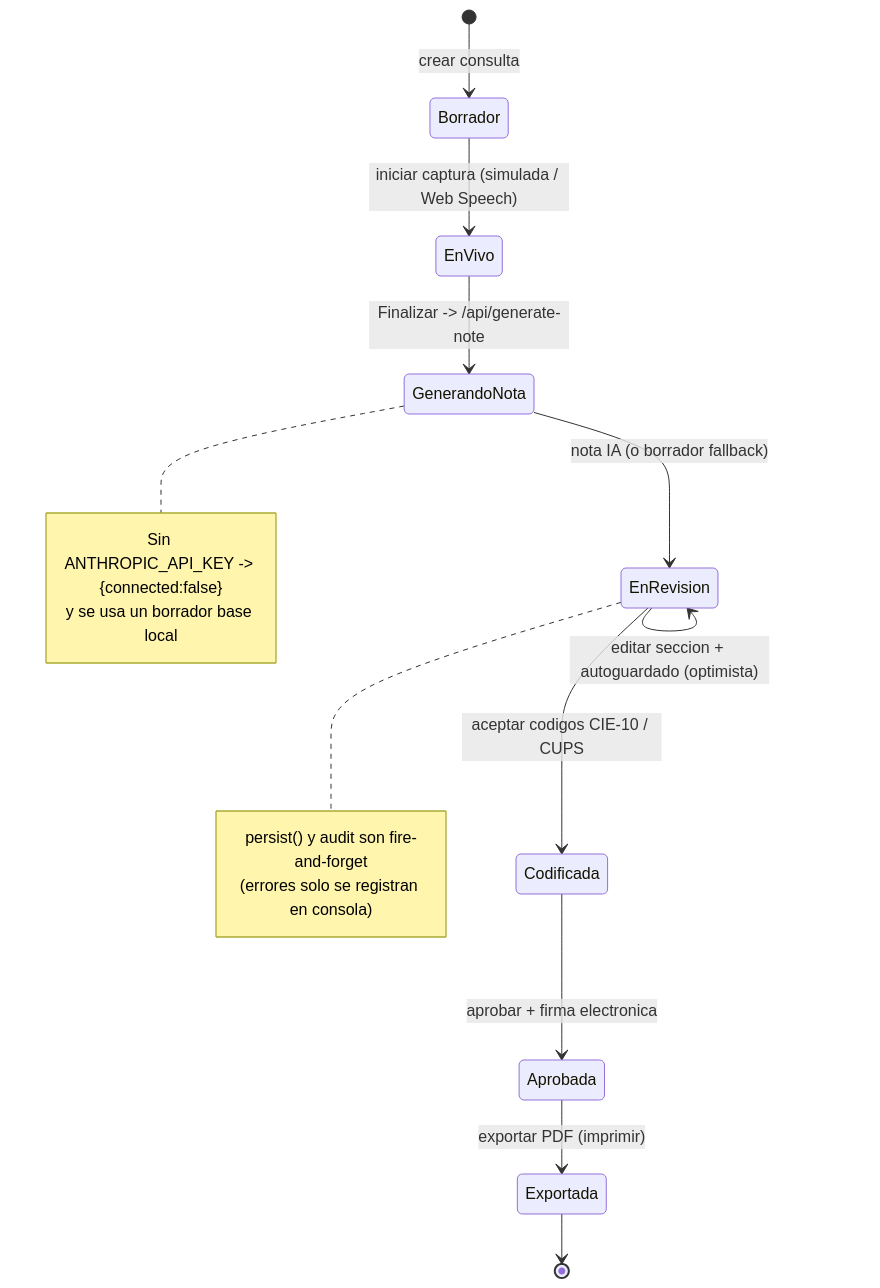
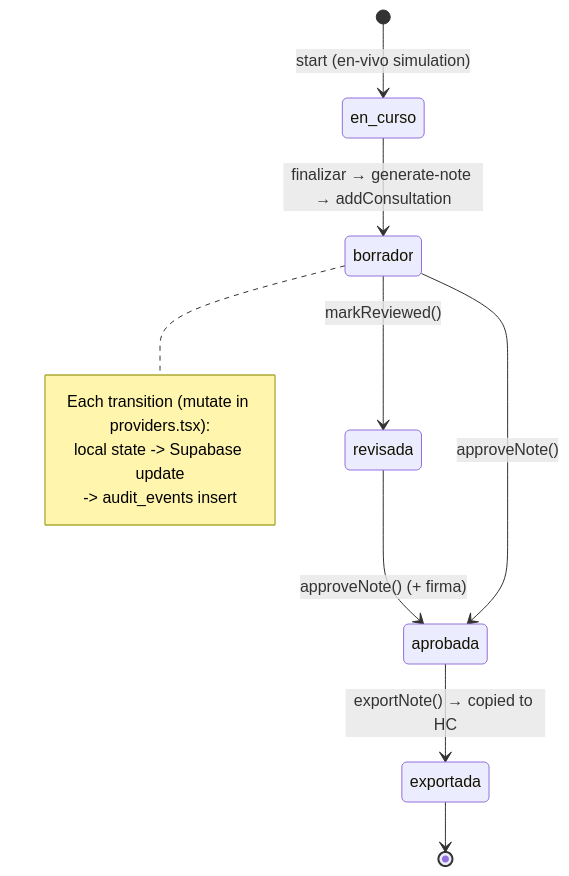
One commit to joseph1356k/Pagina-web-clientes-final changed the sixth of 6 diagrams in architecture-infrastructure.md. Above: the diagram before and after it, drawn with Mermaid. The commit also changed other lines of this file and 39 other files, not shown here.

````diff
--- a/architecture-infrastructure.md
+++ b/architecture-infrastructure.md
@@ -434,20 +521,16 @@
 ```mermaid
 stateDiagram-v2
-    [*] --> Borrador: crear consulta
-    Borrador --> EnVivo: iniciar captura (simulada / Web Speech)
-    EnVivo --> GenerandoNota: Finalizar -> /api/generate-note
-    GenerandoNota --> EnRevision: nota IA (o borrador fallback)
-    EnRevision --> EnRevision: editar seccion + autoguardado (optimista)
-    EnRevision --> Codificada: aceptar codigos CIE-10 / CUPS
-    Codificada --> Aprobada: aprobar + firma electronica
-    Aprobada --> Exportada: exportar PDF (imprimir)
-    Exportada --> [*]
-    note right of GenerandoNota
-        Sin ANTHROPIC_API_KEY -> {connected:false}
-        y se usa un borrador base local
-    end note
-    note right of EnRevision
-        persist() y audit son fire-and-forget
-        (errores solo se registran en consola)
+    [*] --> en_curso: start (en-vivo simulation)
+    en_curso --> borrador: finalizar → generate-note → addConsultation
+    borrador --> revisada: markReviewed()
+    revisada --> aprobada: approveNote() (+ firma)
+    borrador --> aprobada: approveNote()
+    aprobada --> exportada: exportNote() → copied to HC
+    exportada --> [*]
+
+    note right of borrador
+        Each transition (mutate in providers.tsx):
+        local state -> Supabase update
+        -> audit_events insert
     end note
 ```
````
